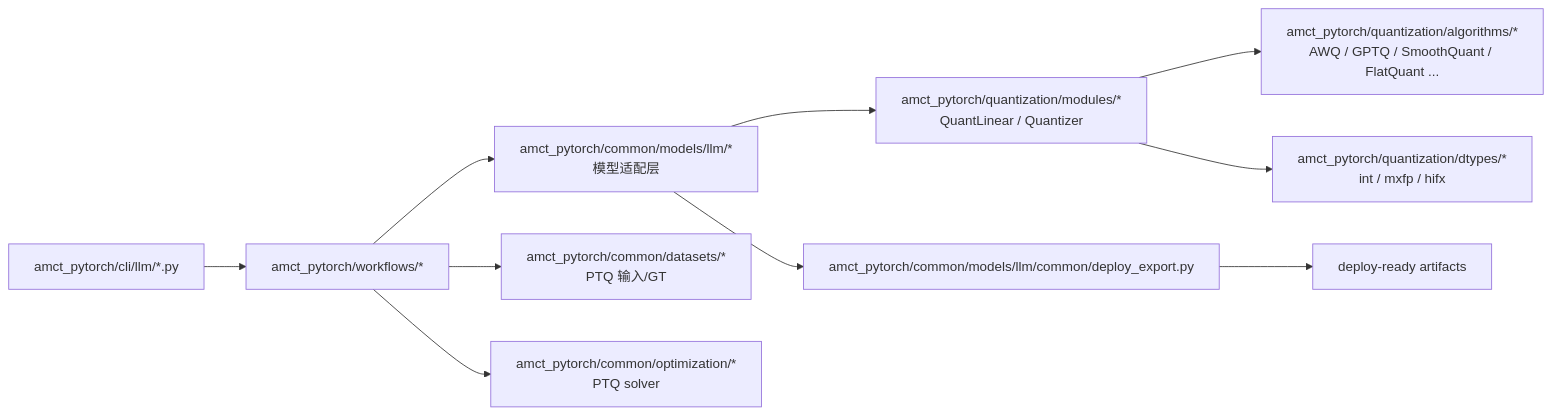
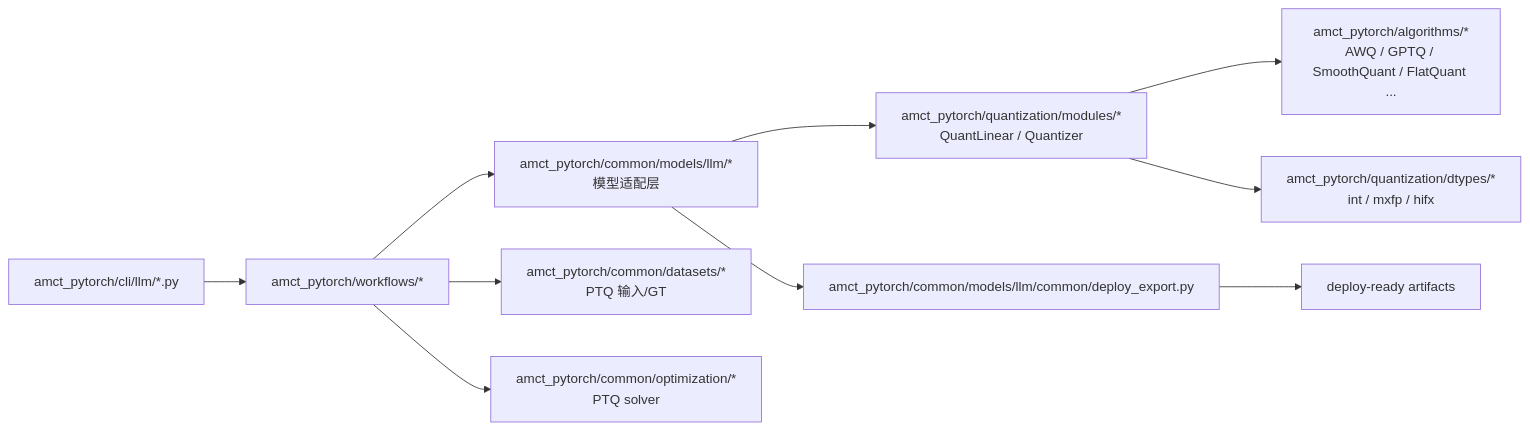
Before and after one commit to Atlas-Ascend-Fork/amct: the second of 3 diagrams in docs/agent/amct-quantization-framework-guide.md, drawn with Mermaid. The commit also changed other lines of this file and 5 other files, not shown here.

````diff
--- a/docs/agent/amct-quantization-framework-guide.md
+++ b/docs/agent/amct-quantization-framework-guide.md
@@ -72,12 +72,12 @@
 ```mermaid
 flowchart LR
     CLI["amct_pytorch/cli/llm/*.py"] --> WF["amct_pytorch/workflows/*"]
     WF --> MODEL["amct_pytorch/common/models/llm/*<br/>模型适配层"]
     WF --> DATA["amct_pytorch/common/datasets/*<br/>PTQ 输入/GT"]
     WF --> SOLVER["amct_pytorch/common/optimization/*<br/>PTQ solver"]
     MODEL --> QMOD["amct_pytorch/quantization/modules/*<br/>QuantLinear / Quantizer"]
-    QMOD --> ALGO["amct_pytorch/quantization/algorithms/*<br/>AWQ / GPTQ / SmoothQuant / FlatQuant ..."]
+    QMOD --> ALGO["amct_pytorch/algorithms/*<br/>AWQ / GPTQ / SmoothQuant / FlatQuant ..."]
     QMOD --> DTYPE["amct_pytorch/quantization/dtypes/*<br/>int / mxfp / hifx"]
     MODEL --> EXPORT["amct_pytorch/common/models/llm/common/deploy_export.py"]
     EXPORT --> OUT["deploy-ready artifacts"]
 ```
````
